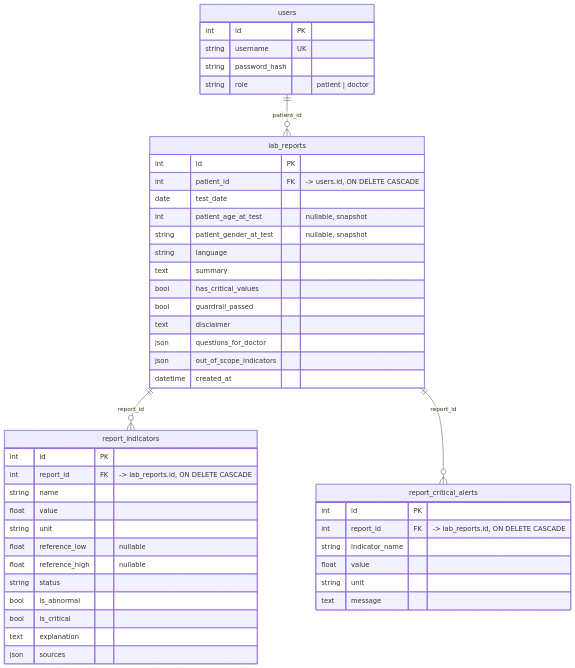
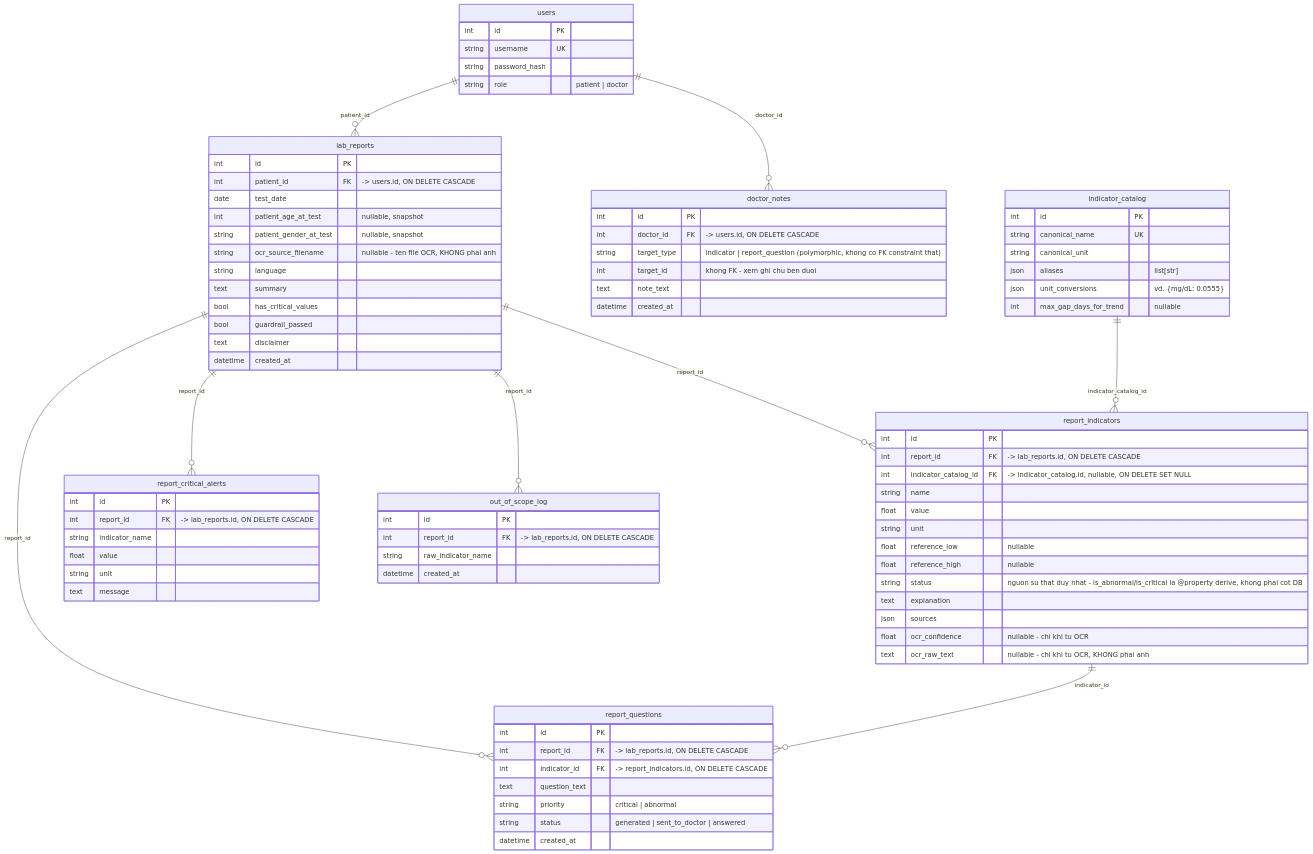
One commit to DuongXD-27/clinical-laboratory-interpretation-agent changed the diagram in docs/architecture/database-design.md. Above: the diagram before and after it, drawn with Mermaid. The commit also changed other lines of this file and 1 other file, not shown here.

First line of the commit message:
feat(db): them OCR provenance (confidence, raw_text, source filename)

````diff
--- a/docs/architecture/database-design.md
+++ b/docs/architecture/database-design.md
@@ -21,8 +26,13 @@
 ```mermaid
 erDiagram
     users ||--o{ lab_reports : "patient_id"
+    users ||--o{ doctor_notes : "doctor_id"
     lab_reports ||--o{ report_indicators : "report_id"
     lab_reports ||--o{ report_critical_alerts : "report_id"
+    lab_reports ||--o{ report_questions : "report_id"
+    lab_reports ||--o{ out_of_scope_log : "report_id"
+    report_indicators ||--o{ report_questions : "indicator_id"
+    indicator_catalog ||--o{ report_indicators : "indicator_catalog_id"
 
     users {
         int id PK
@@ -37,29 +47,29 @@
         date test_date
         int patient_age_at_test "nullable, snapshot"
         string patient_gender_at_test "nullable, snapshot"
+        string ocr_source_filename "nullable - ten file OCR, KHONG phai anh"
         string language
         text summary
         bool has_critical_values
         bool guardrail_passed
         text disclaimer
-        json questions_for_doctor
-        json out_of_scope_indicators
         datetime created_at
     }
 
     report_indicators {
         int id PK
         int report_id FK "-> lab_reports.id, ON DELETE CASCADE"
+        int indicator_catalog_id FK "-> indicator_catalog.id, nullable, ON DELETE SET NULL"
         string name
         float value
         string unit
         float reference_low "nullable"
         float reference_high "nullable"
-        string status
-        bool is_abnormal
-        bool is_critical
+        string status "nguon su that duy nhat - is_abnormal/is_critical la @property derive, khong phai cot DB"
         text explanation
         json sources
+        float ocr_confidence "nullable - chi khi tu OCR"
+        text ocr_raw_text "nullable - chi khi tu OCR, KHONG phai anh"
     }
 
     report_critical_alerts {
@@ -70,4 +80,39 @@
         string unit
         text message
     }
+
+    indicator_catalog {
+        int id PK
+        string canonical_name UK
+        string canonical_unit
+        json aliases "list[str]"
+        json unit_conversions "vd. {mg/dL: 0.0555}"
+        int max_gap_days_for_trend "nullable"
+    }
+
+    report_questions {
+        int id PK
+        int report_id FK "-> lab_reports.id, ON DELETE CASCADE"
+        int indicator_id FK "-> report_indicators.id, ON DELETE CASCADE"
+        text question_text
+        string priority "critical | abnormal"
+        string status "generated | sent_to_doctor | answered"
+        datetime created_at
+    }
+
+    doctor_notes {
+        int id PK
+        int doctor_id FK "-> users.id, ON DELETE CASCADE"
+        string target_type "indicator | report_question (polymorphic, khong co FK constraint that)"
+        int target_id "khong FK - xem ghi chu ben duoi"
+        text note_text
+        datetime created_at
+    }
+
+    out_of_scope_log {
+        int id PK
+        int report_id FK "-> lab_reports.id, ON DELETE CASCADE"
+        string raw_indicator_name
+        datetime created_at
+    }
 ```
````
